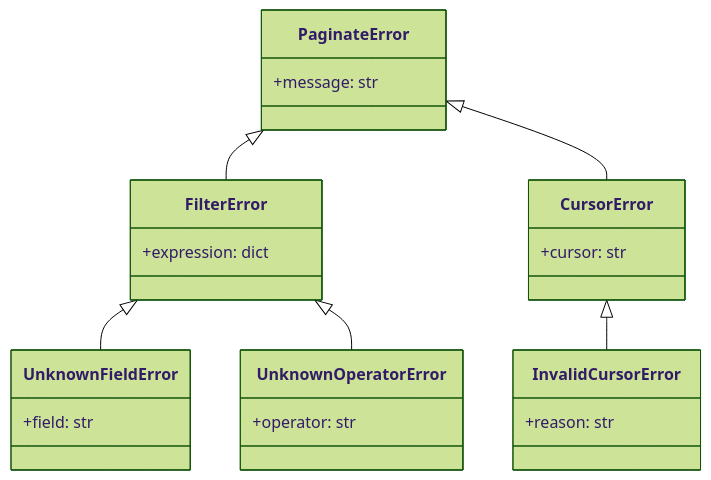
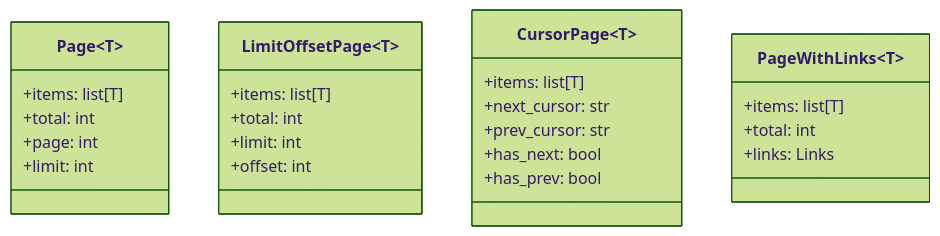
One commit to CybLow/paginate changed the seventh of 9 diagrams in docs/concepts/architecture.md. Above: the diagram before and after it, drawn with Mermaid (forest theme). The commit also changed other lines of this file and 196 other files, not shown here.

````diff
--- a/docs/concepts/architecture.md
+++ b/docs/concepts/architecture.md
@@ -426,32 +536,30 @@
-```mermaid
+```{mermaid}
 classDiagram
-    class PaginateError {
-        +message: str
+    class Page~T~ {
+        +items: list[T]
+        +total: int
+        +page: int
+        +limit: int
     }
-    
-    class FilterError {
-        +expression: dict
+
+    class LimitOffsetPage~T~ {
+        +items: list[T]
+        +total: int
+        +limit: int
+        +offset: int
     }
-    
-    class UnknownFieldError {
-        +field: str
+
+    class CursorPage~T~ {
+        +items: list[T]
+        +next_cursor: str
+        +prev_cursor: str
+        +has_next: bool
+        +has_prev: bool
     }
-    
-    class UnknownOperatorError {
-        +operator: str
+
+    class PageWithLinks~T~ {
+        +items: list[T]
+        +total: int
+        +links: Links
     }
-    
-    class CursorError {
-        +cursor: str
-    }
-    
-    class InvalidCursorError {
-        +reason: str
-    }
-    
-    PaginateError <|-- FilterError
-    FilterError <|-- UnknownFieldError
-    FilterError <|-- UnknownOperatorError
-    PaginateError <|-- CursorError
-    CursorError <|-- InvalidCursorError
 ```
````
